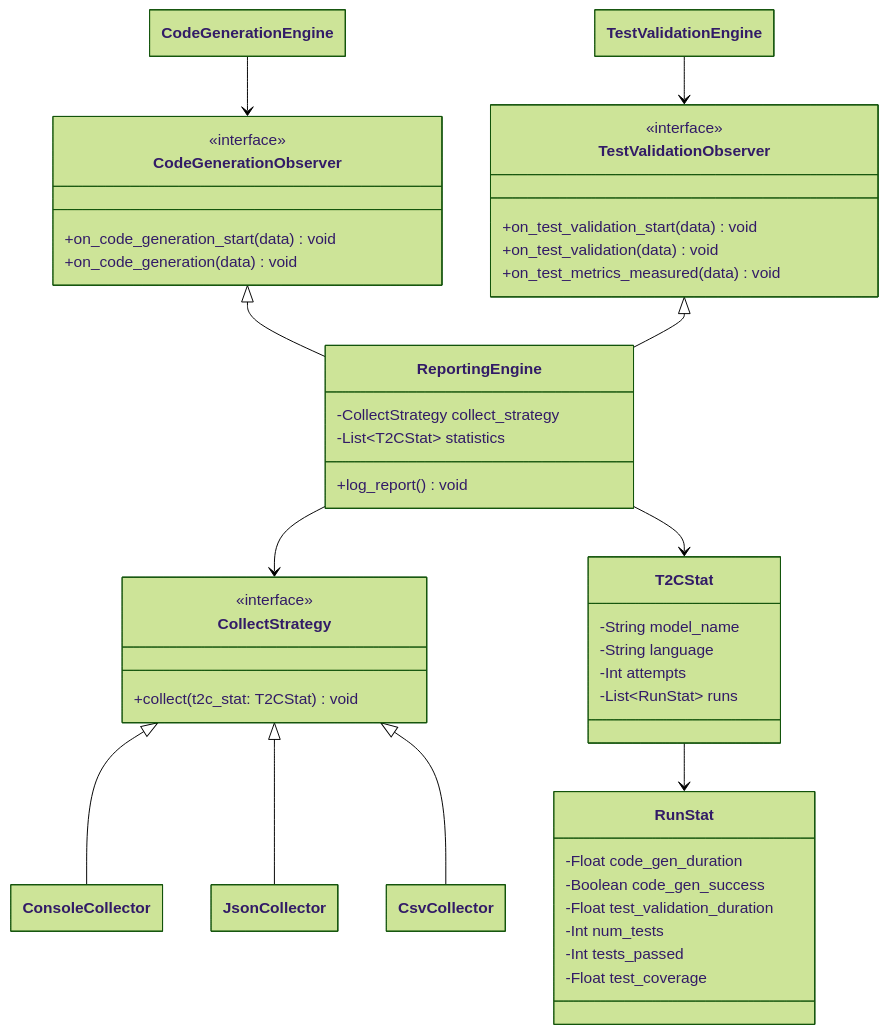
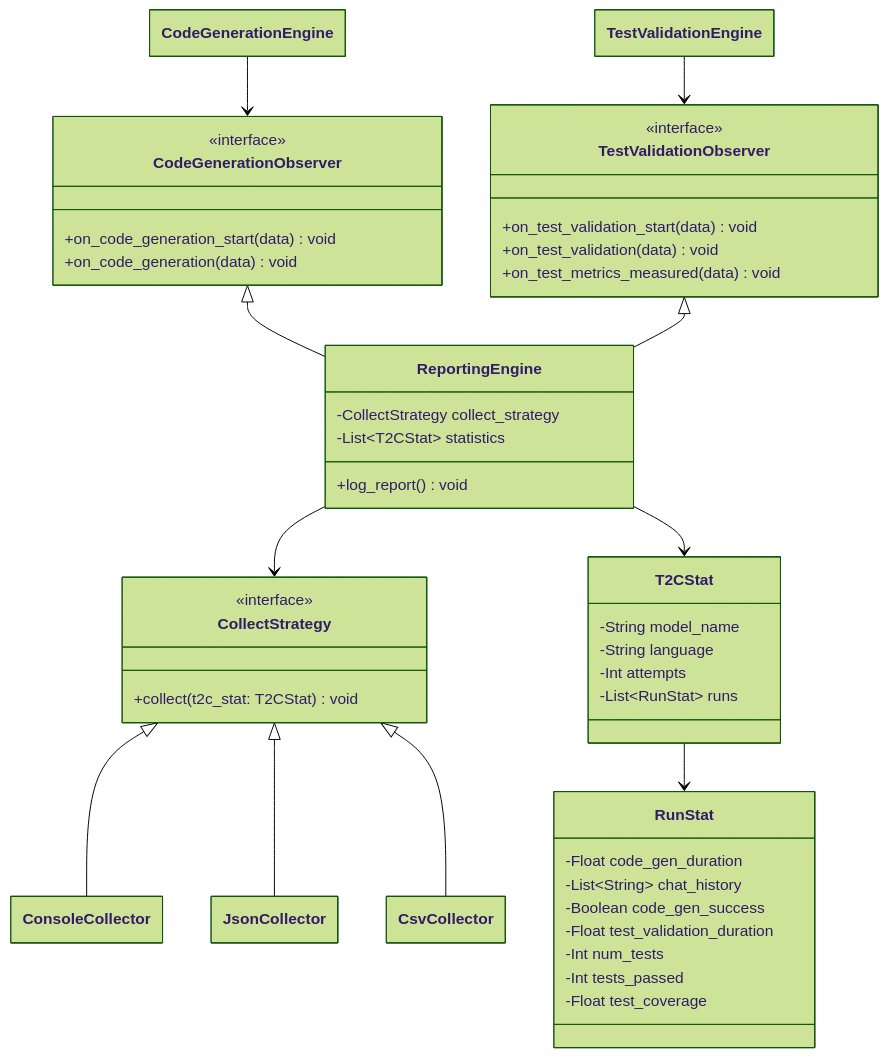
One commit to FilippoGurioli/test-2-code-llm changed the seventh of 7 diagrams in docs/design.md. Above: the diagram before and after it, drawn with Mermaid (forest theme). The commit also changed other lines of this file and 1 other file, not shown here.

````diff
--- a/docs/design.md
+++ b/docs/design.md
@@ -253,58 +258,59 @@
 ```mermaid
 ---
   config:
     class:
       hideEmptyMembersBox: true
 ---
 classDiagram
     class ReportingEngine {
         -CollectStrategy collect_strategy
         -List~T2CStat~ statistics
         +log_report() void
     }
 
     class CodeGenerationObserver {
         <<interface>>
         +on_code_generation_start(data) void
         +on_code_generation(data) void
     }
 
     class TestValidationObserver {
         <<interface>>
         +on_test_validation_start(data) void
         +on_test_validation(data) void
         +on_test_metrics_measured(data) void
     }
 
     class CollectStrategy {
         <<interface>>
         +collect(t2c_stat: T2CStat) void
     }
 
     class T2CStat {
         -String model_name
         -String language
         -Int attempts
         -List~RunStat~ runs
     }
 
     class RunStat {
         -Float code_gen_duration
+        -List~String~ chat_history
         -Boolean code_gen_success
         -Float test_validation_duration
         -Int num_tests
         -Int tests_passed
         -Float test_coverage
     }
 
     CodeGenerationEngine --> CodeGenerationObserver
     TestValidationEngine --> TestValidationObserver
     CodeGenerationObserver <|-- ReportingEngine
     TestValidationObserver <|-- ReportingEngine
     ReportingEngine --> CollectStrategy
     ReportingEngine --> T2CStat
     T2CStat --> RunStat
     CollectStrategy <|-- ConsoleCollector
     CollectStrategy <|-- JsonCollector
     CollectStrategy <|-- CsvCollector
 ```
````
